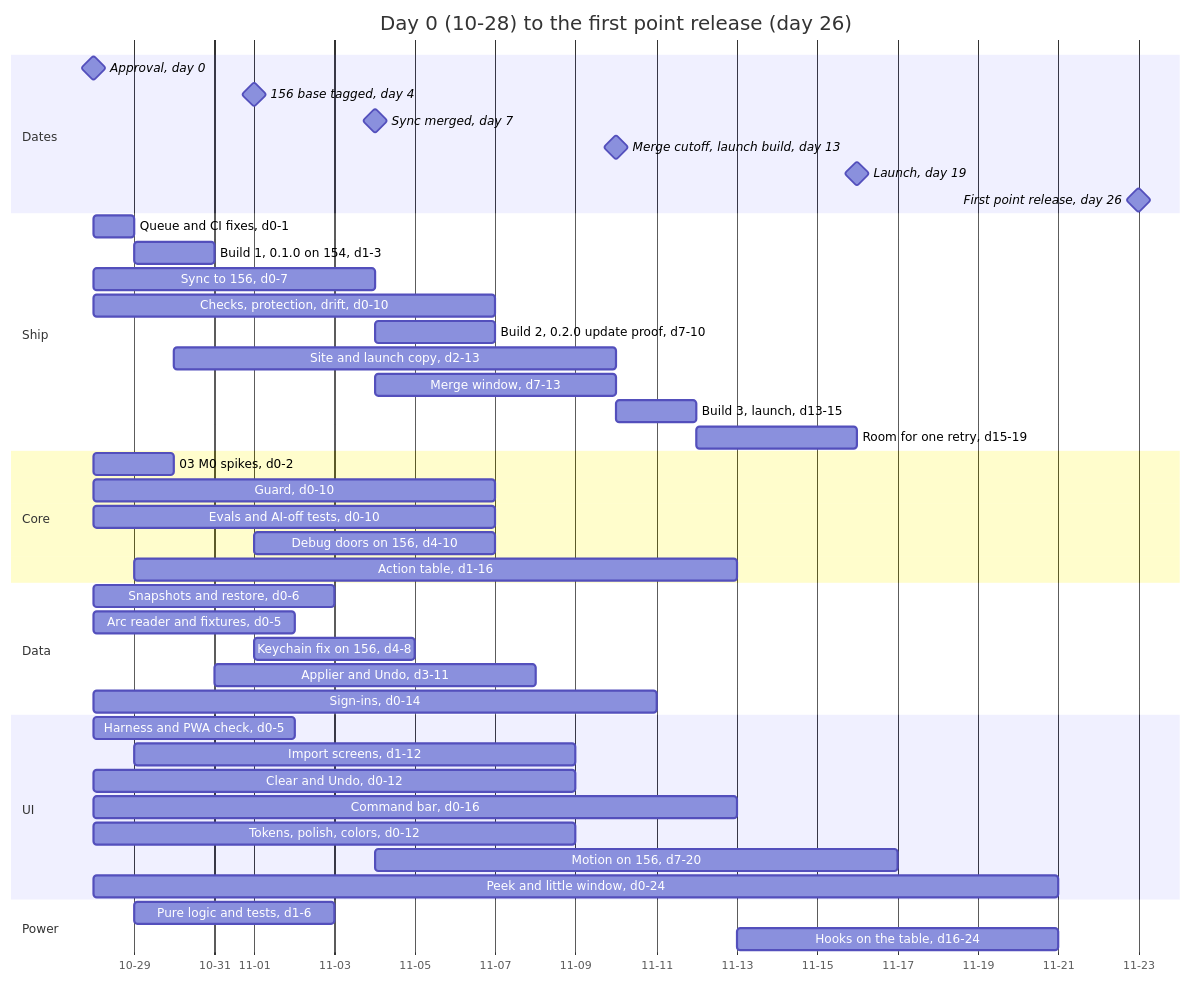
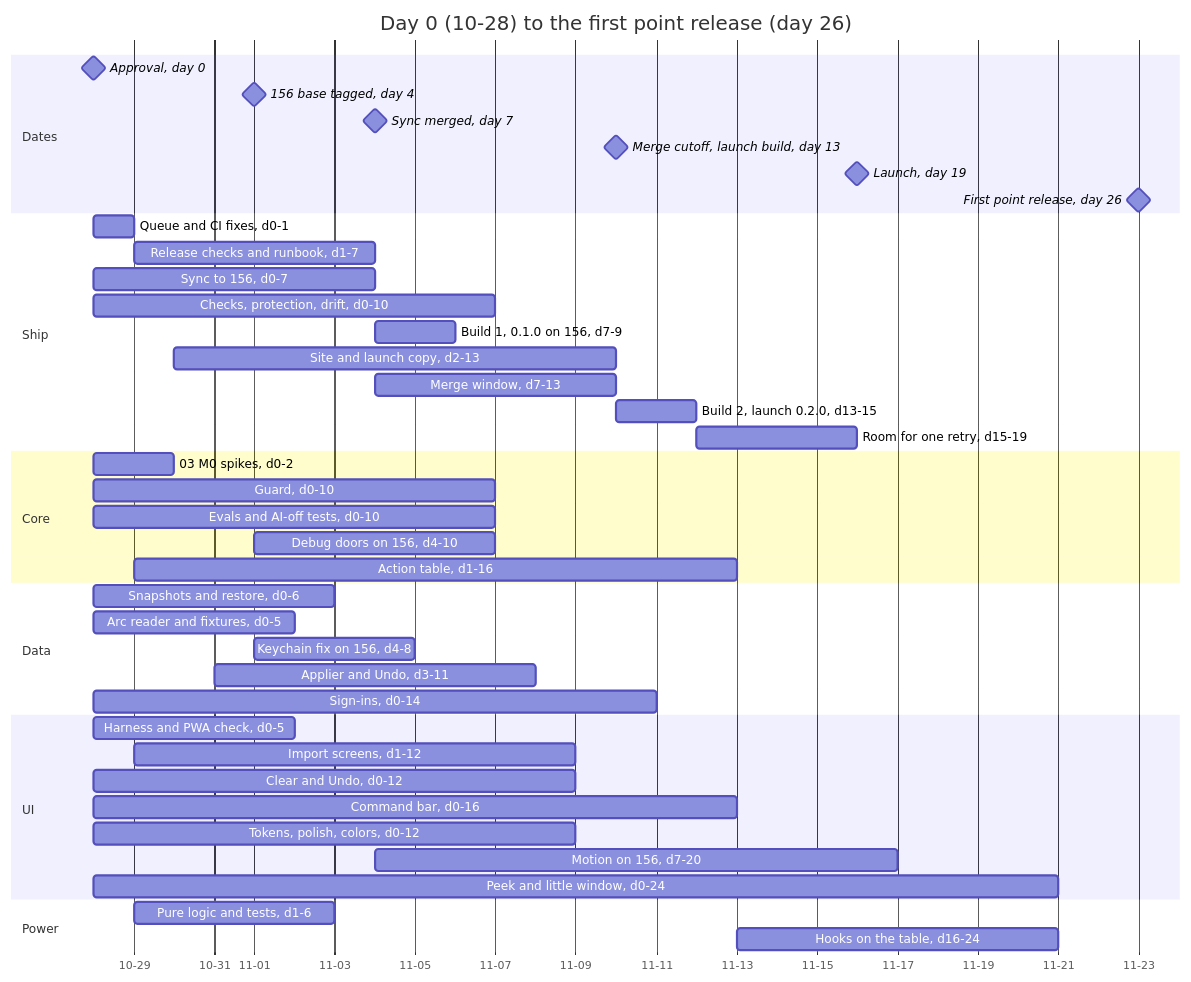
One commit to notkainoa/rac changed the first of 2 diagrams in plans/00-master-plan.md. Above: the diagram before and after it, drawn with Mermaid. The commit also changed other lines of this file and 6 other files, not shown here.

````diff
--- a/plans/00-master-plan.md
+++ b/plans/00-master-plan.md
@@ -75,54 +79,54 @@
 ```mermaid
 gantt
     title Day 0 (10-28) to the first point release (day 26)
     dateFormat YYYY-MM-DD
     axisFormat %m-%d
     tickInterval 2day
     todayMarker off
 
     section Dates
     Approval, day 0                     :milestone, m0, 2026-10-28, 0d
     156 base tagged, day 4              :milestone, m1, 2026-11-01, 0d
     Sync merged, day 7                  :milestone, m2, 2026-11-04, 0d
     Merge cutoff, launch build, day 13  :milestone, m3, 2026-11-10, 0d
     Launch, day 19                      :milestone, m4, 2026-11-16, 0d
     First point release, day 26         :milestone, m5, 2026-11-23, 0d
 
     section Ship
     Queue and CI fixes, d0-1            :s1, 2026-10-28, 1d
-    Build 1, 0.1.0 on 154, d1-3         :s2, 2026-10-29, 2d
+    Release checks and runbook, d1-7    :s2, 2026-10-29, 6d
     Sync to 156, d0-7                   :s3, 2026-10-28, 7d
     Checks, protection, drift, d0-10    :s4, 2026-10-28, 10d
-    Build 2, 0.2.0 update proof, d7-10  :s5, 2026-11-04, 3d
+    Build 1, 0.1.0 on 156, d7-9         :s5, 2026-11-04, 2d
     Site and launch copy, d2-13         :s6, 2026-10-30, 11d
     Merge window, d7-13                 :s7, 2026-11-04, 6d
-    Build 3, launch, d13-15             :s8, 2026-11-10, 2d
+    Build 2, launch 0.2.0, d13-15       :s8, 2026-11-10, 2d
     Room for one retry, d15-19          :s9, 2026-11-12, 4d
 
     section Core
     03 M0 spikes, d0-2                  :c1, 2026-10-28, 2d
     Guard, d0-10                        :c2, 2026-10-28, 10d
     Evals and AI-off tests, d0-10       :c3, 2026-10-28, 10d
     Debug doors on 156, d4-10           :c4, 2026-11-01, 6d
     Action table, d1-16                 :c5, 2026-10-29, 15d
 
     section Data
     Snapshots and restore, d0-6         :d1, 2026-10-28, 6d
     Arc reader and fixtures, d0-5       :d2, 2026-10-28, 5d
     Keychain fix on 156, d4-8           :d3, 2026-11-01, 4d
     Applier and Undo, d3-11             :d4, 2026-10-31, 8d
     Sign-ins, d0-14                     :d5, 2026-10-28, 14d
 
     section UI
     Harness and PWA check, d0-5         :u1, 2026-10-28, 5d
     Import screens, d1-12               :u2, 2026-10-29, 11d
     Clear and Undo, d0-12               :u3, 2026-10-28, 12d
     Command bar, d0-16                  :u4, 2026-10-28, 16d
     Tokens, polish, colors, d0-12       :u5, 2026-10-28, 12d
     Motion on 156, d7-20                :u6, 2026-11-04, 13d
     Peek and little window, d0-24       :u7, 2026-10-28, 24d
 
     section Power
     Pure logic and tests, d1-6          :p1, 2026-10-29, 5d
     Hooks on the table, d16-24          :p2, 2026-11-13, 8d
 ```
````
